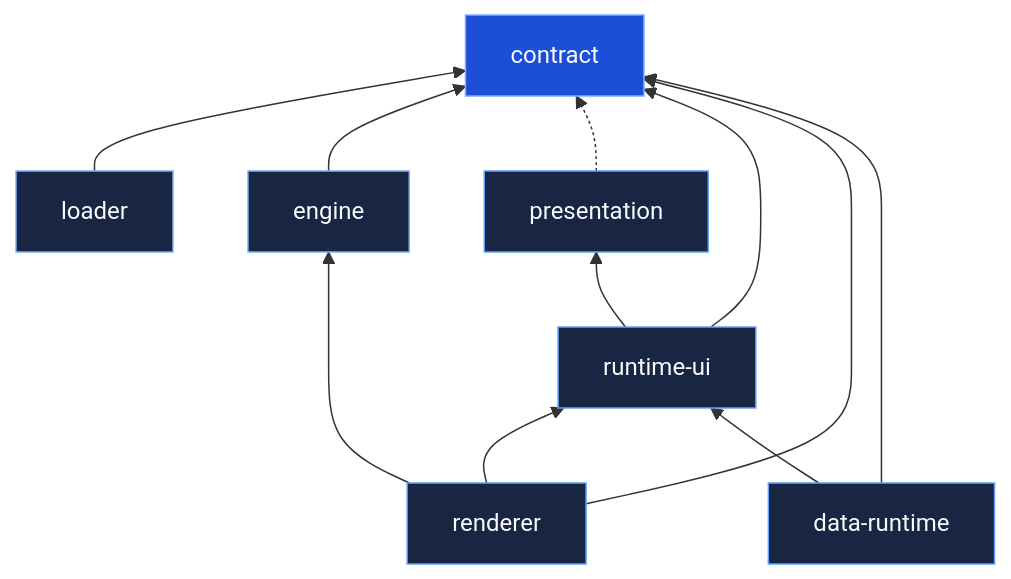
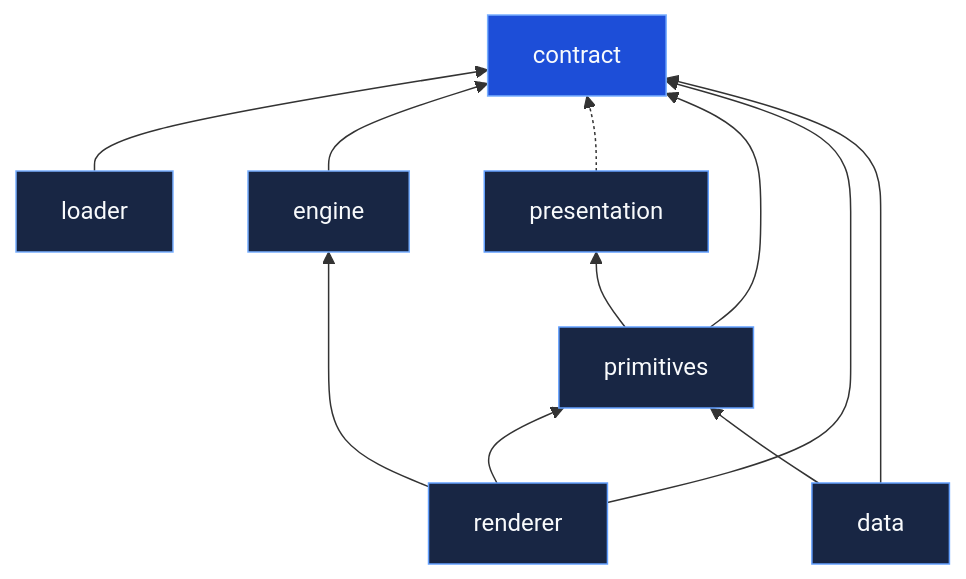
One commit to ikary-platform/ikary-manifest changed the second of 2 diagrams in docs/guide/architecture.md. Above: the diagram before and after it, drawn with Mermaid. The commit also changed other lines of this file and 787 other files, not shown here.

````diff
--- a/docs/guide/architecture.md
+++ b/docs/guide/architecture.md
@@ -67,21 +69,21 @@
 ```mermaid
 graph BT
     loader[loader] --> contract[contract]
     engine[engine] --> contract
     presentation[presentation] -.-> contract
-    runtimeui[runtime-ui] --> contract
-    runtimeui --> presentation
+    primitives[primitives] --> contract
+    primitives --> presentation
     renderer[renderer] --> contract
     renderer --> engine
-    renderer --> runtimeui
-    dataruntime[data-runtime] --> contract
-    dataruntime --> runtimeui
+    renderer --> primitives
+    data[data] --> contract
+    data --> primitives
 
     style contract fill:#1d4ed8,stroke:#78afff,color:#f8fafc
     style loader fill:#182644,stroke:#78afff,color:#f8fafc
     style engine fill:#182644,stroke:#78afff,color:#f8fafc
     style presentation fill:#182644,stroke:#63a0ff,color:#f8fafc
-    style runtimeui fill:#182644,stroke:#63a0ff,color:#f8fafc
+    style primitives fill:#182644,stroke:#63a0ff,color:#f8fafc
     style renderer fill:#182644,stroke:#63a0ff,color:#f8fafc
-    style dataruntime fill:#182644,stroke:#63a0ff,color:#f8fafc
+    style data fill:#182644,stroke:#63a0ff,color:#f8fafc
 ```
````
